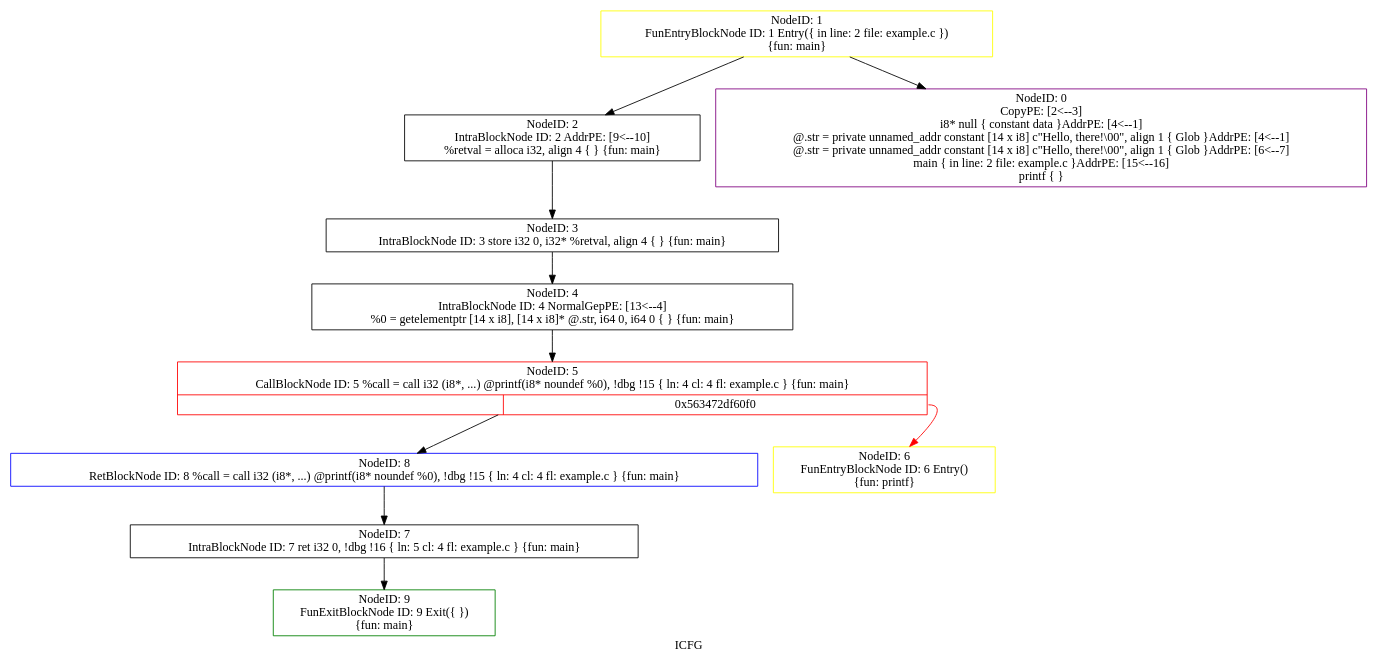
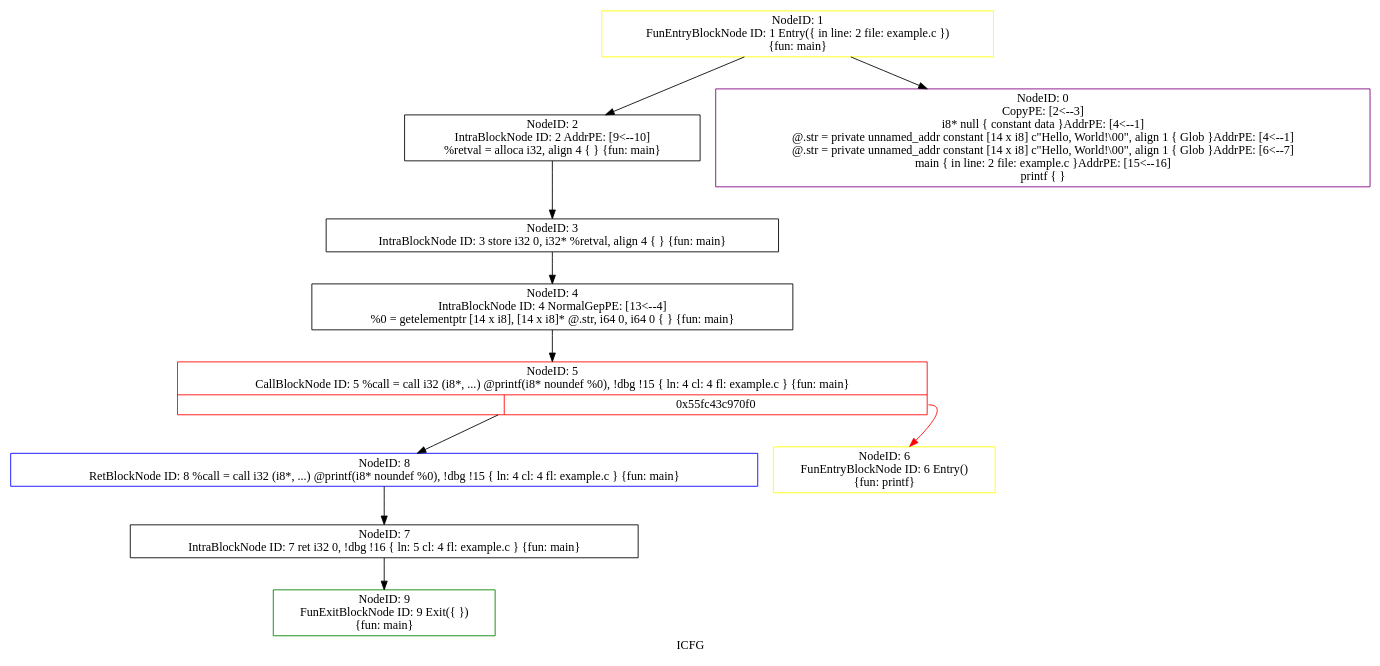
Before and after one commit to joshua-sy/CapstoneProject: the diagram in icfg.dot, drawn with Graphviz. The commit also changed 9 other files, not shown here.

Commit message:
Add ability to close graph tabs

```diff
--- a/icfg.dot
+++ b/icfg.dot
@@ -1,23 +1,23 @@
 digraph "ICFG" {
 	label="ICFG";
 
-	Node0x563472e08a30 [shape=record,color=green,label="{NodeID: 9\nFunExitBlockNode ID: 9 Exit(\{  \})\n \{fun: main\}}"];
-	Node0x563472e087c0 [shape=record,color=blue,label="{NodeID: 8\nRetBlockNode ID: 8   %call = call i32 (i8*, ...) @printf(i8* noundef %0), !dbg !15 \{ ln: 4  cl: 4  fl: example.c \} \{fun: main\}}"];
-	Node0x563472e087c0 -> Node0x563472e08700[style=solid];
-	Node0x563472e08700 [shape=record,color=black,label="{NodeID: 7\nIntraBlockNode ID: 7      ret i32 0, !dbg !16 \{ ln: 5  cl: 4  fl: example.c \}    \{fun: main\}}"];
-	Node0x563472e08700 -> Node0x563472e08a30[style=solid];
-	Node0x563472e085d0 [shape=record,color=yellow,label="{NodeID: 6\nFunEntryBlockNode ID: 6 Entry()\n \{fun: printf\}}"];
-	Node0x563472df67d0 [shape=record,color=red,label="{NodeID: 5\nCallBlockNode ID: 5   %call = call i32 (i8*, ...) @printf(i8* noundef %0), !dbg !15 \{ ln: 4  cl: 4  fl: example.c \} \{fun: main\}|{|<s1>0x563472df60f0}}"];
-	Node0x563472df67d0 -> Node0x563472e087c0[style=solid];
-	Node0x563472df67d0:s1 -> Node0x563472e085d0[style=solid,color=red];
-	Node0x563472e08440 [shape=record,color=black,label="{NodeID: 4\nIntraBlockNode ID: 4   NormalGepPE: [13\<--4]  \n   %0 = getelementptr [14 x i8], [14 x i8]* @.str, i64 0, i64 0 \{  \} \{fun: main\}}"];
-	Node0x563472e08440 -> Node0x563472df67d0[style=solid];
-	Node0x563472e08320 [shape=record,color=black,label="{NodeID: 3\nIntraBlockNode ID: 3      store i32 0, i32* %retval, align 4 \{  \}    \{fun: main\}}"];
-	Node0x563472e08320 -> Node0x563472e08440[style=solid];
-	Node0x563472e080b0 [shape=record,color=black,label="{NodeID: 2\nIntraBlockNode ID: 2   AddrPE: [9\<--10]  \n   %retval = alloca i32, align 4 \{  \} \{fun: main\}}"];
-	Node0x563472e080b0 -> Node0x563472e08320[style=solid];
-	Node0x563472e07f50 [shape=record,color=yellow,label="{NodeID: 1\nFunEntryBlockNode ID: 1 Entry(\{ in line: 2 file: example.c \})\n \{fun: main\}}"];
-	Node0x563472e07f50 -> Node0x563472deff20[style=solid];
-	Node0x563472e07f50 -> Node0x563472e080b0[style=solid];
-	Node0x563472deff20 [shape=record,color=purple,label="{NodeID: 0\nCopyPE: [2\<--3]  \n i8* null \{ constant data \}AddrPE: [4\<--1]  \n @.str = private unnamed_addr constant [14 x i8] c\"Hello, there!\\00\", align 1 \{ Glob  \}AddrPE: [4\<--1]  \n @.str = private unnamed_addr constant [14 x i8] c\"Hello, there!\\00\", align 1 \{ Glob  \}AddrPE: [6\<--7]  \n main \{ in line: 2 file: example.c \}AddrPE: [15\<--16]  \n printf \{  \}}"];
+	Node0x55fc43ca9a30 [shape=record,color=green,label="{NodeID: 9\nFunExitBlockNode ID: 9 Exit(\{  \})\n \{fun: main\}}"];
+	Node0x55fc43ca97c0 [shape=record,color=blue,label="{NodeID: 8\nRetBlockNode ID: 8   %call = call i32 (i8*, ...) @printf(i8* noundef %0), !dbg !15 \{ ln: 4  cl: 4  fl: example.c \} \{fun: main\}}"];
+	Node0x55fc43ca97c0 -> Node0x55fc43ca9700[style=solid];
+	Node0x55fc43ca9700 [shape=record,color=black,label="{NodeID: 7\nIntraBlockNode ID: 7      ret i32 0, !dbg !16 \{ ln: 5  cl: 4  fl: example.c \}    \{fun: main\}}"];
+	Node0x55fc43ca9700 -> Node0x55fc43ca9a30[style=solid];
+	Node0x55fc43ca95d0 [shape=record,color=yellow,label="{NodeID: 6\nFunEntryBlockNode ID: 6 Entry()\n \{fun: printf\}}"];
+	Node0x55fc43c977d0 [shape=record,color=red,label="{NodeID: 5\nCallBlockNode ID: 5   %call = call i32 (i8*, ...) @printf(i8* noundef %0), !dbg !15 \{ ln: 4  cl: 4  fl: example.c \} \{fun: main\}|{|<s1>0x55fc43c970f0}}"];
+	Node0x55fc43c977d0 -> Node0x55fc43ca97c0[style=solid];
+	Node0x55fc43c977d0:s1 -> Node0x55fc43ca95d0[style=solid,color=red];
+	Node0x55fc43ca9440 [shape=record,color=black,label="{NodeID: 4\nIntraBlockNode ID: 4   NormalGepPE: [13\<--4]  \n   %0 = getelementptr [14 x i8], [14 x i8]* @.str, i64 0, i64 0 \{  \} \{fun: main\}}"];
+	Node0x55fc43ca9440 -> Node0x55fc43c977d0[style=solid];
+	Node0x55fc43ca9320 [shape=record,color=black,label="{NodeID: 3\nIntraBlockNode ID: 3      store i32 0, i32* %retval, align 4 \{  \}    \{fun: main\}}"];
+	Node0x55fc43ca9320 -> Node0x55fc43ca9440[style=solid];
+	Node0x55fc43ca90b0 [shape=record,color=black,label="{NodeID: 2\nIntraBlockNode ID: 2   AddrPE: [9\<--10]  \n   %retval = alloca i32, align 4 \{  \} \{fun: main\}}"];
+	Node0x55fc43ca90b0 -> Node0x55fc43ca9320[style=solid];
+	Node0x55fc43ca8f50 [shape=record,color=yellow,label="{NodeID: 1\nFunEntryBlockNode ID: 1 Entry(\{ in line: 2 file: example.c \})\n \{fun: main\}}"];
+	Node0x55fc43ca8f50 -> Node0x55fc43c90f20[style=solid];
+	Node0x55fc43ca8f50 -> Node0x55fc43ca90b0[style=solid];
+	Node0x55fc43c90f20 [shape=record,color=purple,label="{NodeID: 0\nCopyPE: [2\<--3]  \n i8* null \{ constant data \}AddrPE: [4\<--1]  \n @.str = private unnamed_addr constant [14 x i8] c\"Hello, World!\\00\", align 1 \{ Glob  \}AddrPE: [4\<--1]  \n @.str = private unnamed_addr constant [14 x i8] c\"Hello, World!\\00\", align 1 \{ Glob  \}AddrPE: [6\<--7]  \n main \{ in line: 2 file: example.c \}AddrPE: [15\<--16]  \n printf \{  \}}"];
 }
```
